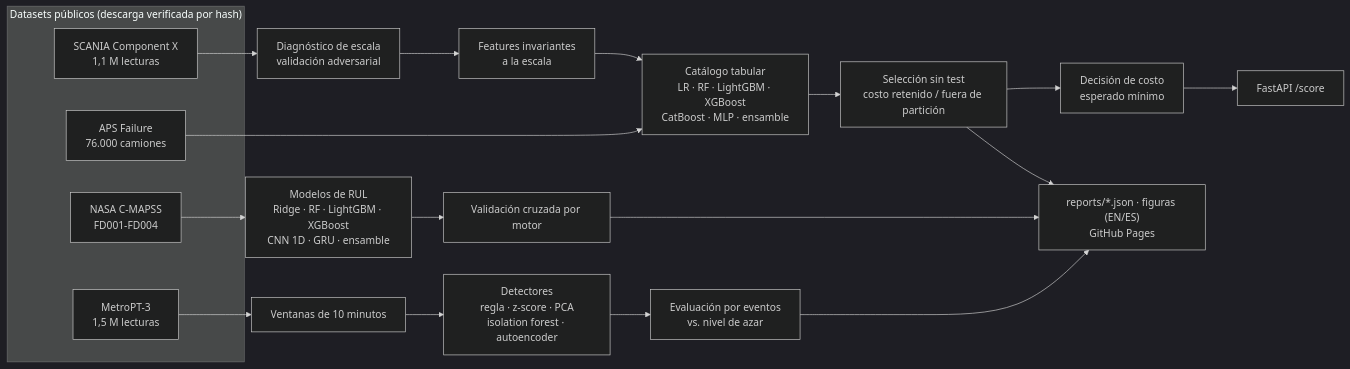
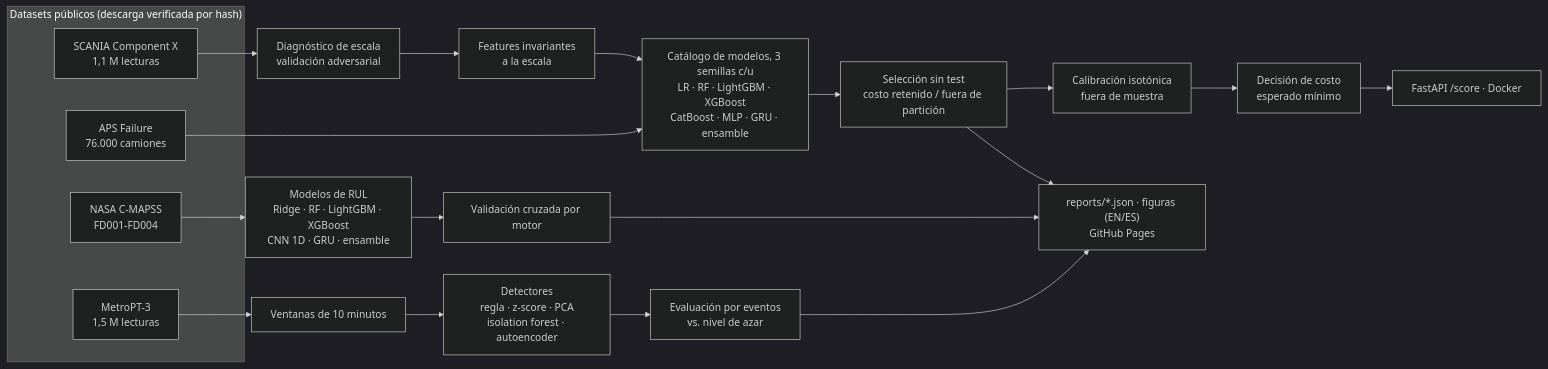
One commit to Rxyxs/heavy-truck-predictive-maintenance changed the diagram in README.es.md. Above: the diagram before and after it, drawn with Mermaid (dark theme). The commit also changed other lines of this file and 68 other files, not shown here.

First line of the commit message:
feat: protocol v2 (seed-averaged families), GRU on readout history, demo and Docker

````diff
--- a/README.es.md
+++ b/README.es.md
@@ -35,19 +58,19 @@
 ```mermaid
 flowchart LR
     subgraph Data["Datasets públicos (descarga verificada por hash)"]
         SC["SCANIA Component X<br/>1,1 M lecturas"]
         AP["APS Failure<br/>76.000 camiones"]
         CM["NASA C-MAPSS<br/>FD001-FD004"]
         MP["MetroPT-3<br/>1,5 M lecturas"]
     end
     SC --> ADV["Diagnóstico de escala<br/>validación adversarial"] --> INV["Features invariantes<br/>a la escala"]
-    INV --> ZOO["Catálogo tabular<br/>LR · RF · LightGBM · XGBoost<br/>CatBoost · MLP · ensamble"]
+    INV --> ZOO["Catálogo de modelos, 3 semillas c/u<br/>LR · RF · LightGBM · XGBoost<br/>CatBoost · MLP · GRU · ensamble"]
     AP --> ZOO
     CM --> RUL["Modelos de RUL<br/>Ridge · RF · LightGBM · XGBoost<br/>CNN 1D · GRU · ensamble"]
     MP --> WIN["Ventanas de 10 minutos"] --> DET["Detectores<br/>regla · z-score · PCA<br/>isolation forest · autoencoder"]
     ZOO --> SEL["Selección sin test<br/>costo retenido / fuera de partición"]
     RUL --> CV["Validación cruzada por motor"]
     DET --> EVT["Evaluación por eventos<br/>vs. nivel de azar"]
-    SEL --> DEC["Decisión de costo<br/>esperado mínimo"] --> API["FastAPI /score"]
+    SEL --> CAL["Calibración isotónica<br/>fuera de muestra"] --> DEC["Decisión de costo<br/>esperado mínimo"] --> API["FastAPI /score · Docker"]
     SEL & CV & EVT --> REP["reports/*.json · figuras (EN/ES)<br/>GitHub Pages"]
 ```
````
